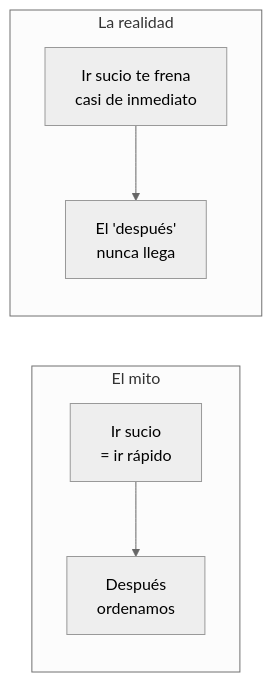
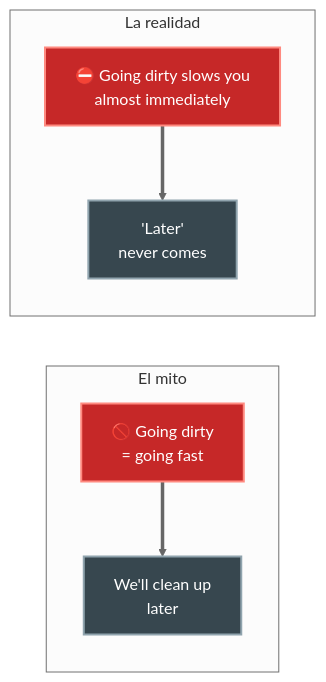
Before and after one commit to JavierMachucaA/clean-architecture-guia: the third of 3 diagrams in 01-introduccion-y-vision-general/02-objetivo-de-la-arquitectura.md, drawn with Mermaid (neutral theme). The commit also changed other lines of this file and 45 other files, not shown here.

````diff
--- a/01-introduccion-y-vision-general/02-objetivo-de-la-arquitectura.md
+++ b/01-introduccion-y-vision-general/02-objetivo-de-la-arquitectura.md
@@ -56,9 +57,14 @@
 ```mermaid
 flowchart LR
     subgraph Mito["El mito"]
-        M1["Ir sucio<br/>= ir rápido"] --> M2["Después<br/>ordenamos"]
+        M1["🚫 Going dirty<br/>= going fast"] ==> M2["We'll clean up<br/>later"]
     end
     subgraph Realidad["La realidad"]
-        R1["Ir sucio te frena<br/>casi de inmediato"] --> R2["El 'después'<br/>nunca llega"]
+        R1["⛔ Going dirty slows you<br/>almost immediately"] ==> R2["'Later'<br/>never comes"]
     end
+
+    style M1 fill:#c62828,stroke:#ff8a80,color:#fff,stroke-width:2px
+    style M2 fill:#37474f,stroke:#90a4ae,color:#fff,stroke-width:2px
+    style R1 fill:#c62828,stroke:#ff8a80,color:#fff,stroke-width:2px
+    style R2 fill:#37474f,stroke:#90a4ae,color:#fff,stroke-width:2px
 ```
````
